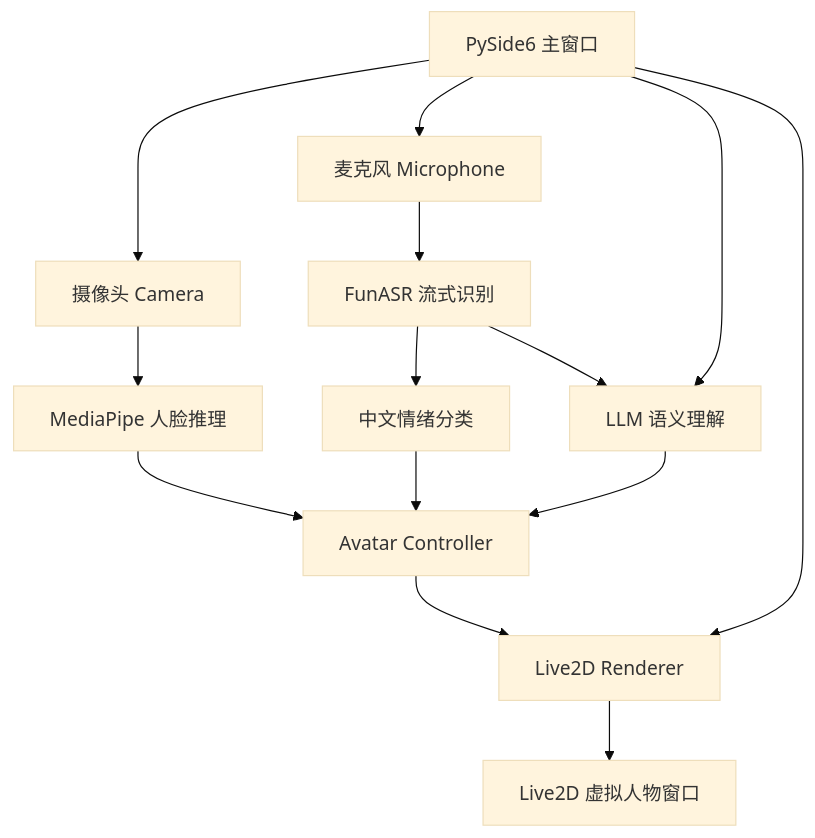
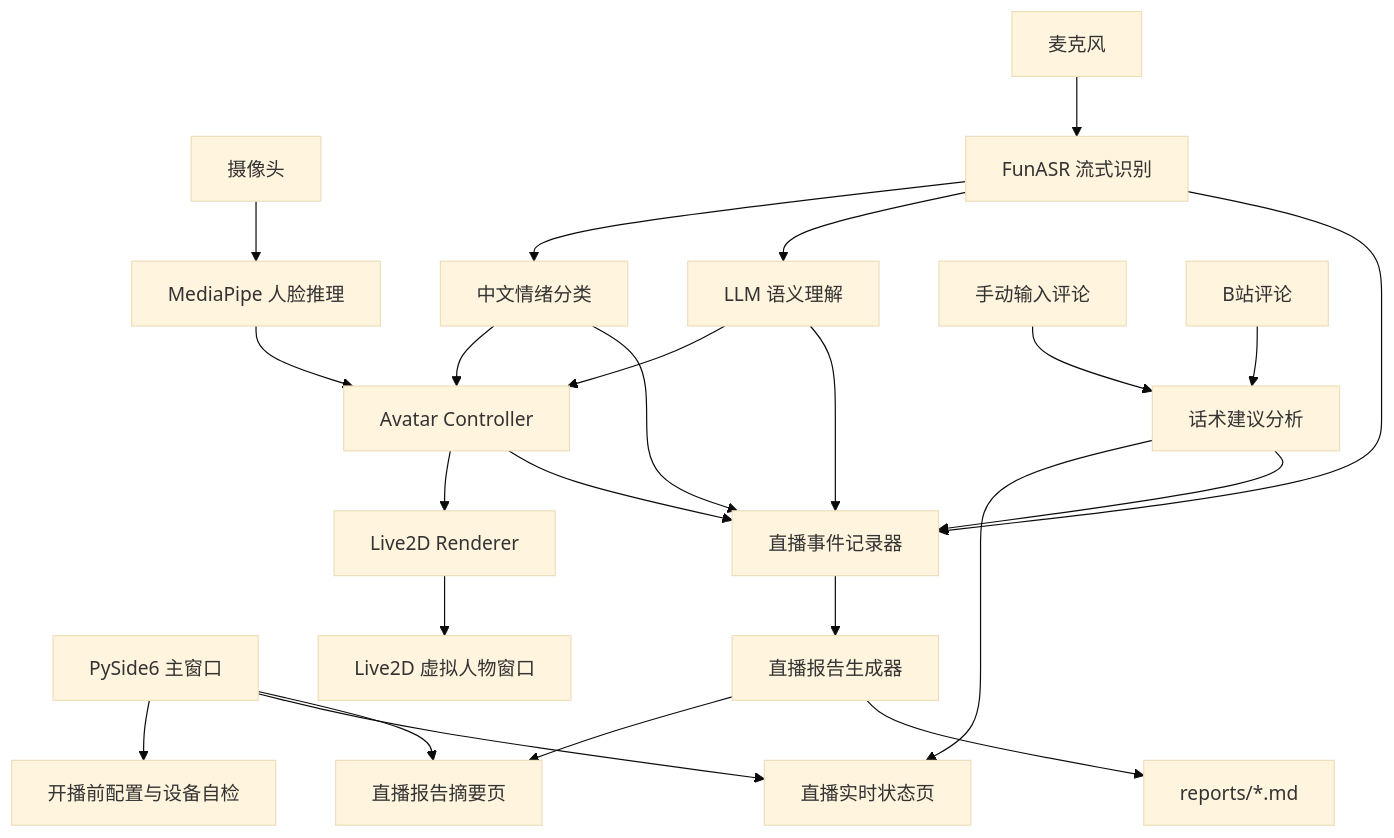
One commit to Hatsukoi-0115/Virtual-Avatar-Intelligent-Driving-System changed the diagram in README.md. Above: the diagram before and after it, drawn with Mermaid (base theme). The commit also changed other lines of this file, not shown here.

````diff
--- a/README.md
+++ b/README.md
@@ -32,19 +228,30 @@
 ```mermaid
 flowchart TD
-    Camera["摄像头 Camera"] --> Vision["MediaPipe 人脸推理"]
-    Microphone["麦克风 Microphone"] --> ASR["FunASR 流式识别"]
+    UI["PySide6 主窗口"] --> Settings["开播前配置与设备自检"]
+    UI --> Dashboard["直播实时状态页"]
+    UI --> Report["直播报告摘要页"]
+
+    Camera["摄像头"] --> Vision["MediaPipe 人脸推理"]
+    Microphone["麦克风"] --> ASR["FunASR 流式识别"]
     ASR --> Emotion["中文情绪分类"]
     ASR --> LLM["LLM 语义理解"]
+
+    ManualComment["手动输入评论"] --> Advisor["话术建议分析"]
+    Bilibili["B站评论"] --> Advisor
+    Advisor --> Dashboard
+    Advisor --> Recorder["直播事件记录器"]
 
     Vision --> Controller["Avatar Controller"]
     Emotion --> Controller
     LLM --> Controller
-
     Controller --> Renderer["Live2D Renderer"]
     Renderer --> Avatar["Live2D 虚拟人物窗口"]
 
-    UI["PySide6 主窗口"] --> Camera
-    UI --> Microphone
-    UI --> Renderer
-    UI --> LLM
+    ASR --> Recorder
+    Emotion --> Recorder
+    LLM --> Recorder
+    Controller --> Recorder
+    Recorder --> ReportGenerator["直播报告生成器"]
+    ReportGenerator --> Report
+    ReportGenerator --> Markdown["reports/*.md"]
 ```
````
